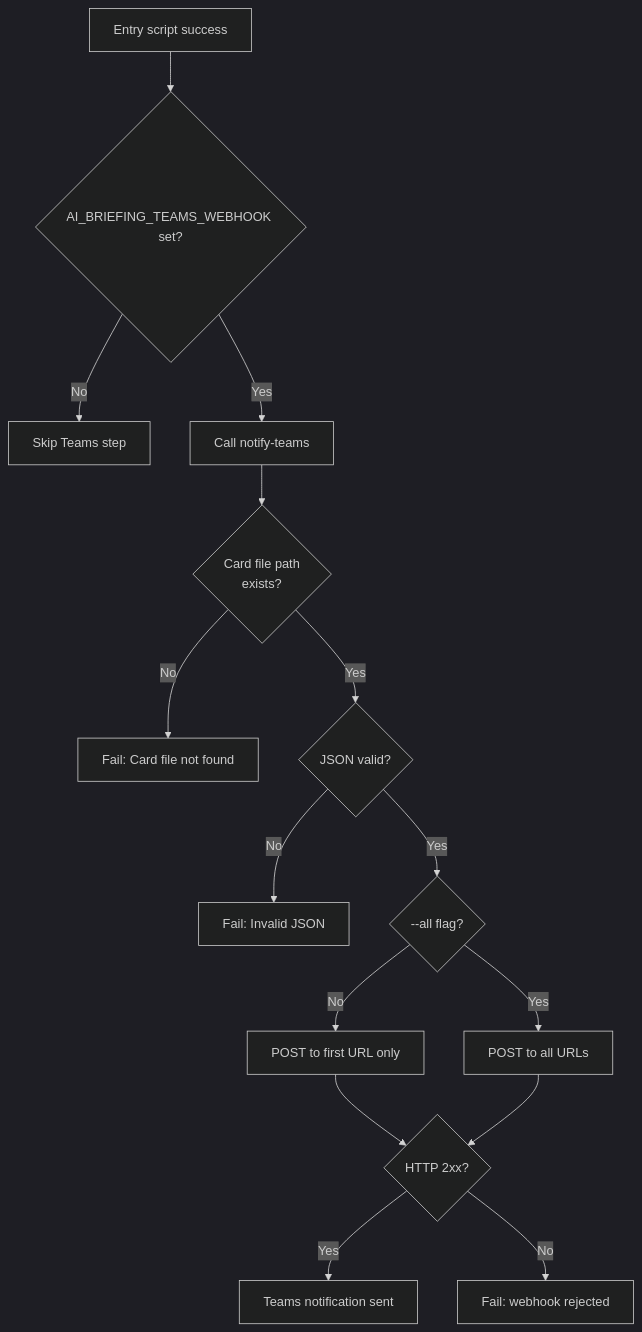
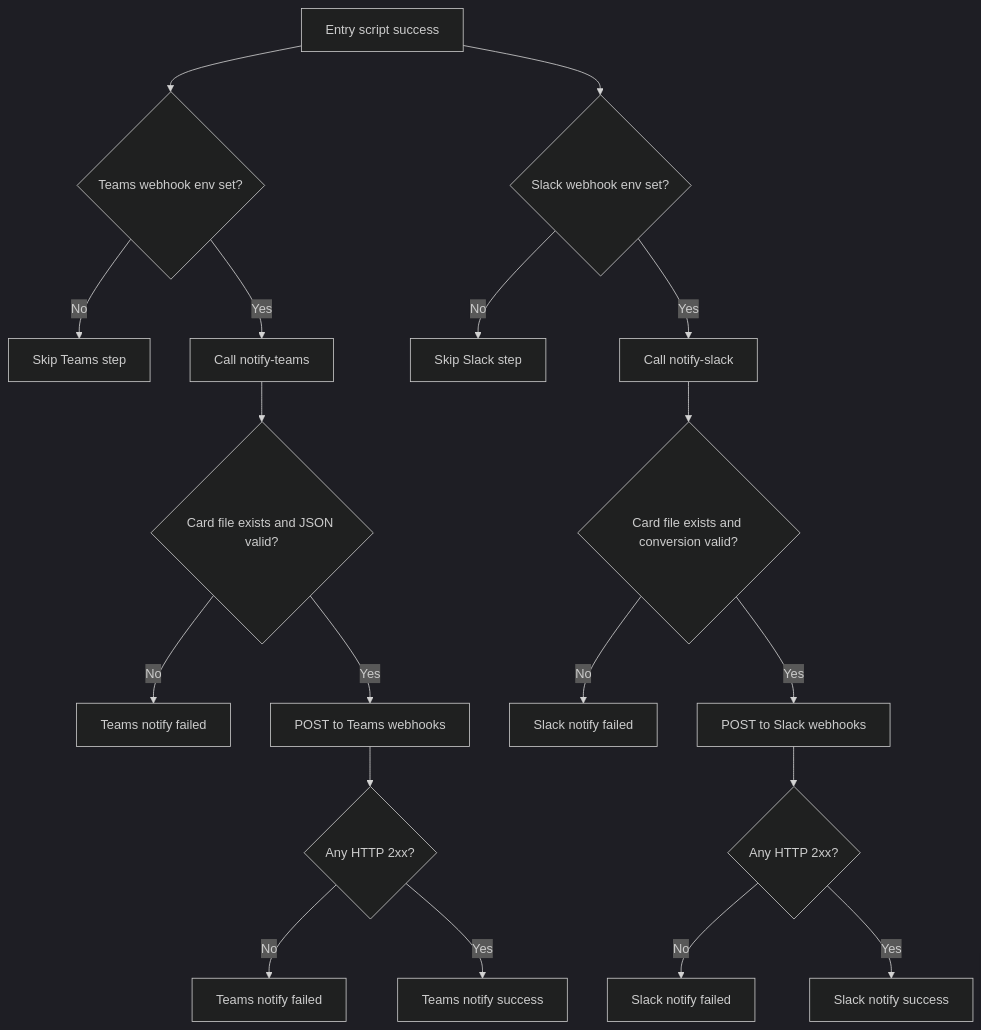
The third of 4 diagrams in E2E_FLOW.md (hoangsonww/ai-news-briefing), drawn with Mermaid (dark theme) before and after one commit. The commit also changed other lines of this file and 3 other files, not shown here.

Commit message:
feat: enhance documentation for Slack and Teams notification pipelines

````diff
--- a/E2E_FLOW.md
+++ b/E2E_FLOW.md
@@ -176,21 +195,23 @@
 ```mermaid
 flowchart TD
-    A[Entry script success] --> B{AI_BRIEFING_TEAMS_WEBHOOK set?}
-    B -->|No| C[Skip Teams step]
-    B -->|Yes| D[Call notify-teams]
+    A[Entry script success] --> B{Teams webhook env set?}
+    A --> C{Slack webhook env set?}
 
-    D --> E{Card file path\nexists?}
-    E -->|No| F[Fail: Card file not found]
-    E -->|Yes| G{JSON valid?}
+    B -->|No| D[Skip Teams step]
+    B -->|Yes| E[Call notify-teams]
+    E --> F{Card file exists and JSON valid?}
+    F -->|No| G[Teams notify failed]
+    F -->|Yes| H[POST to Teams webhooks]
+    H --> I{Any HTTP 2xx?}
+    I -->|No| J[Teams notify failed]
+    I -->|Yes| K[Teams notify success]
 
-    G -->|No| H[Fail: Invalid JSON]
-    G -->|Yes| I{--all flag?}
-
-    I -->|No| J[POST to first URL only]
-    I -->|Yes| K[POST to all URLs]
-
-    J --> L{HTTP 2xx?}
-    K --> L
-    L -->|Yes| M[Teams notification sent]
-    L -->|No| N[Fail: webhook rejected]
+    C -->|No| L[Skip Slack step]
+    C -->|Yes| M[Call notify-slack]
+    M --> N{Card file exists and conversion valid?}
+    N -->|No| O[Slack notify failed]
+    N -->|Yes| P[POST to Slack webhooks]
+    P --> Q{Any HTTP 2xx?}
+    Q -->|No| R[Slack notify failed]
+    Q -->|Yes| S[Slack notify success]
 ```
````
